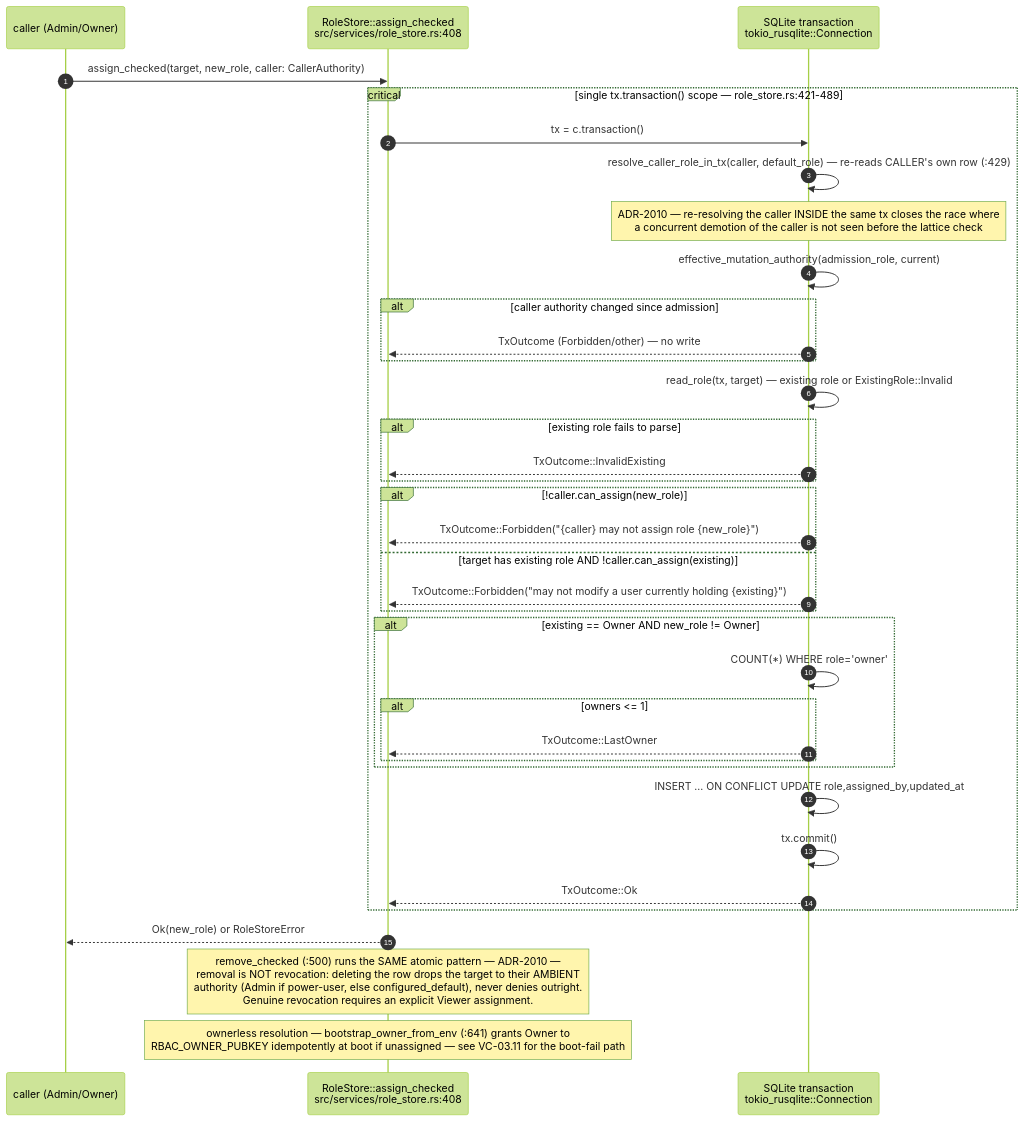
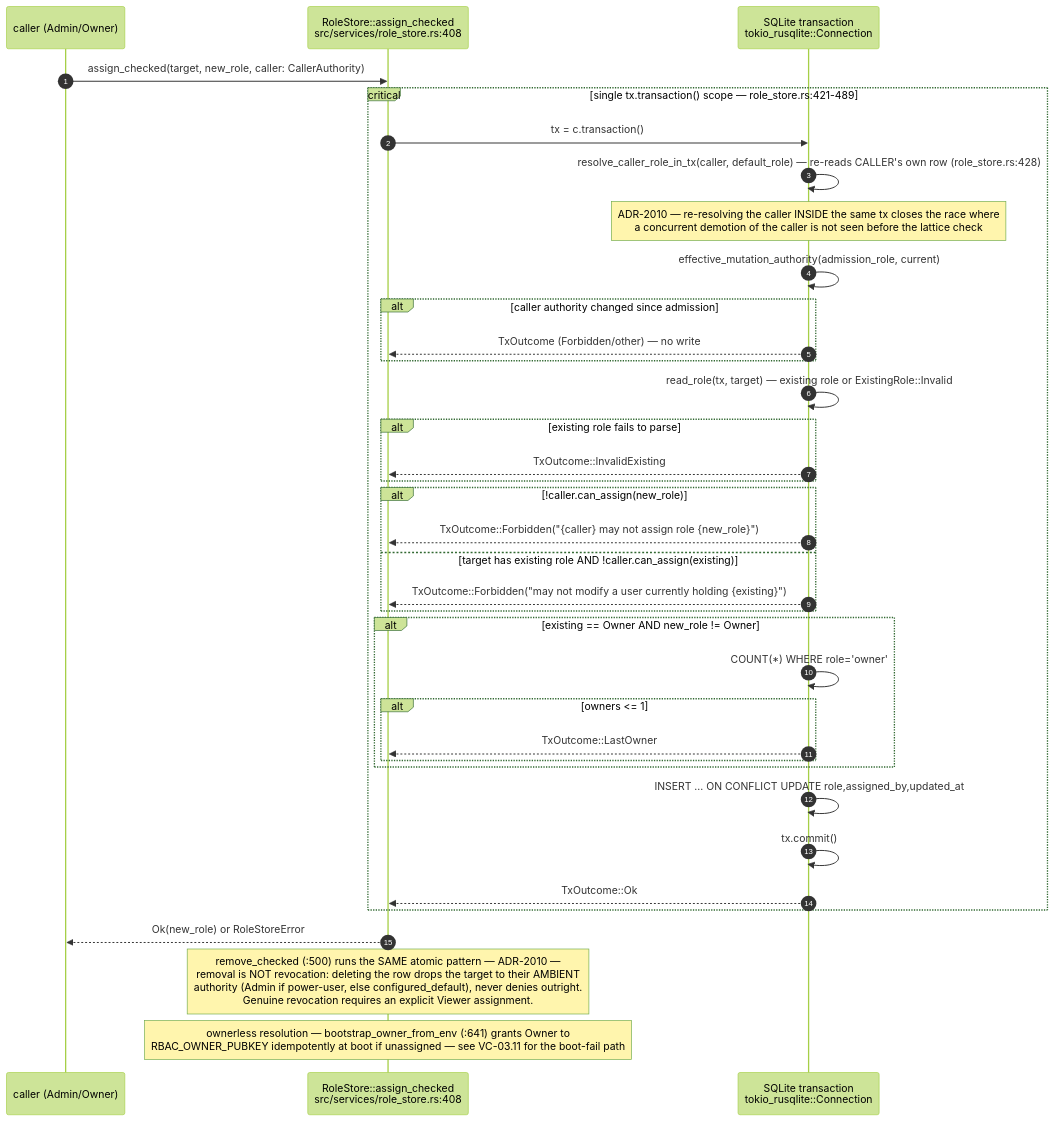
Before and after one commit to DreamLab-AI/VisionFlow: the eighth of 16 diagrams in docs/diagrams/visionclaw/03-request-lifecycle-and-rbac.md, drawn with Mermaid (forest theme). The commit also changed other lines of this file and 52 other files, not shown here.

First line of the commit message:
docs(diagrams): wave 3 checkpoint — bare line refs resolved, revision-pinned cite-check, VC-05/AB-01..13 re-attested

````diff
--- a/docs/diagrams/visionclaw/03-request-lifecycle-and-rbac.md
+++ b/docs/diagrams/visionclaw/03-request-lifecycle-and-rbac.md
@@ -366,39 +368,39 @@
 ```mermaid
 sequenceDiagram
     autonumber
     participant C as caller (Admin/Owner)
     participant RS as RoleStore::assign_checked<br/>src/services/role_store.rs:408
     participant TX as SQLite transaction<br/>tokio_rusqlite::Connection
 
     C->>RS: assign_checked(target, new_role, caller: CallerAuthority)
     critical single tx.transaction() scope — role_store.rs:421-489
         RS->>TX: tx = c.transaction()
-        TX->>TX: resolve_caller_role_in_tx(caller, default_role) — re-reads CALLER's own row (:429)
+        TX->>TX: resolve_caller_role_in_tx(caller, default_role) — re-reads CALLER's own row (role_store.rs:428)
         Note over TX: ADR-2010 — re-resolving the caller INSIDE the same tx closes the race where<br/>a concurrent demotion of the caller is not seen before the lattice check
         TX->>TX: effective_mutation_authority(admission_role, current)
         alt caller authority changed since admission
             TX-->>RS: TxOutcome (Forbidden/other) — no write
         end
         TX->>TX: read_role(tx, target) — existing role or ExistingRole::Invalid
         alt existing role fails to parse
             TX-->>RS: TxOutcome::InvalidExisting
         end
         alt !caller.can_assign(new_role)
             TX-->>RS: TxOutcome::Forbidden("{caller} may not assign role {new_role}")
         else target has existing role AND !caller.can_assign(existing)
             TX-->>RS: TxOutcome::Forbidden("may not modify a user currently holding {existing}")
         end
         alt existing == Owner AND new_role != Owner
             TX->>TX: COUNT(*) WHERE role='owner'
             alt owners <= 1
                 TX-->>RS: TxOutcome::LastOwner
             end
         end
         TX->>TX: INSERT ... ON CONFLICT UPDATE role,assigned_by,updated_at
         TX->>TX: tx.commit()
         TX-->>RS: TxOutcome::Ok
     end
     RS-->>C: Ok(new_role) or RoleStoreError
     Note over RS: remove_checked (:500) runs the SAME atomic pattern — ADR-2010 —<br/>removal is NOT revocation: deleting the row drops the target to their AMBIENT<br/>authority (Admin if power-user, else configured_default), never denies outright.<br/>Genuine revocation requires an explicit Viewer assignment.
     Note over RS: ownerless resolution — bootstrap_owner_from_env (:641) grants Owner to<br/>RBAC_OWNER_PUBKEY idempotently at boot if unassigned — see VC-03.11 for the boot-fail path
 ```
````
